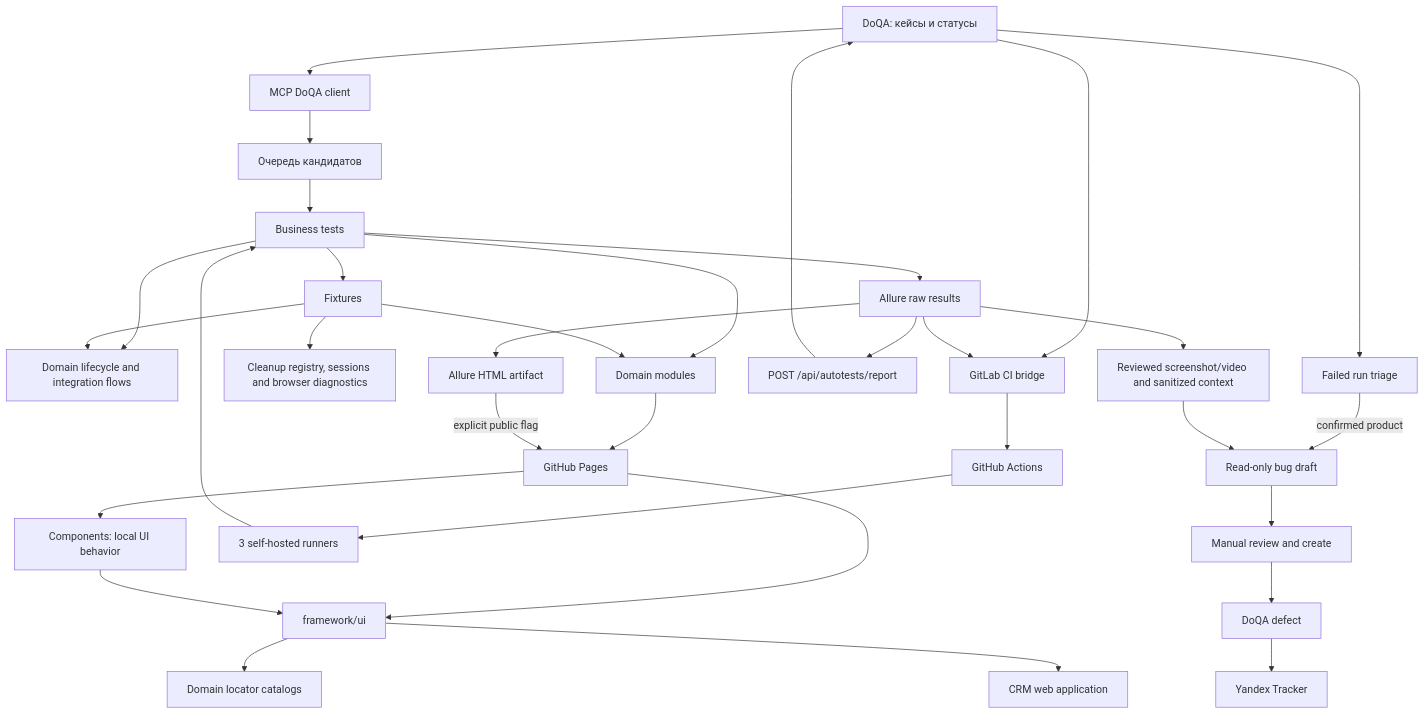
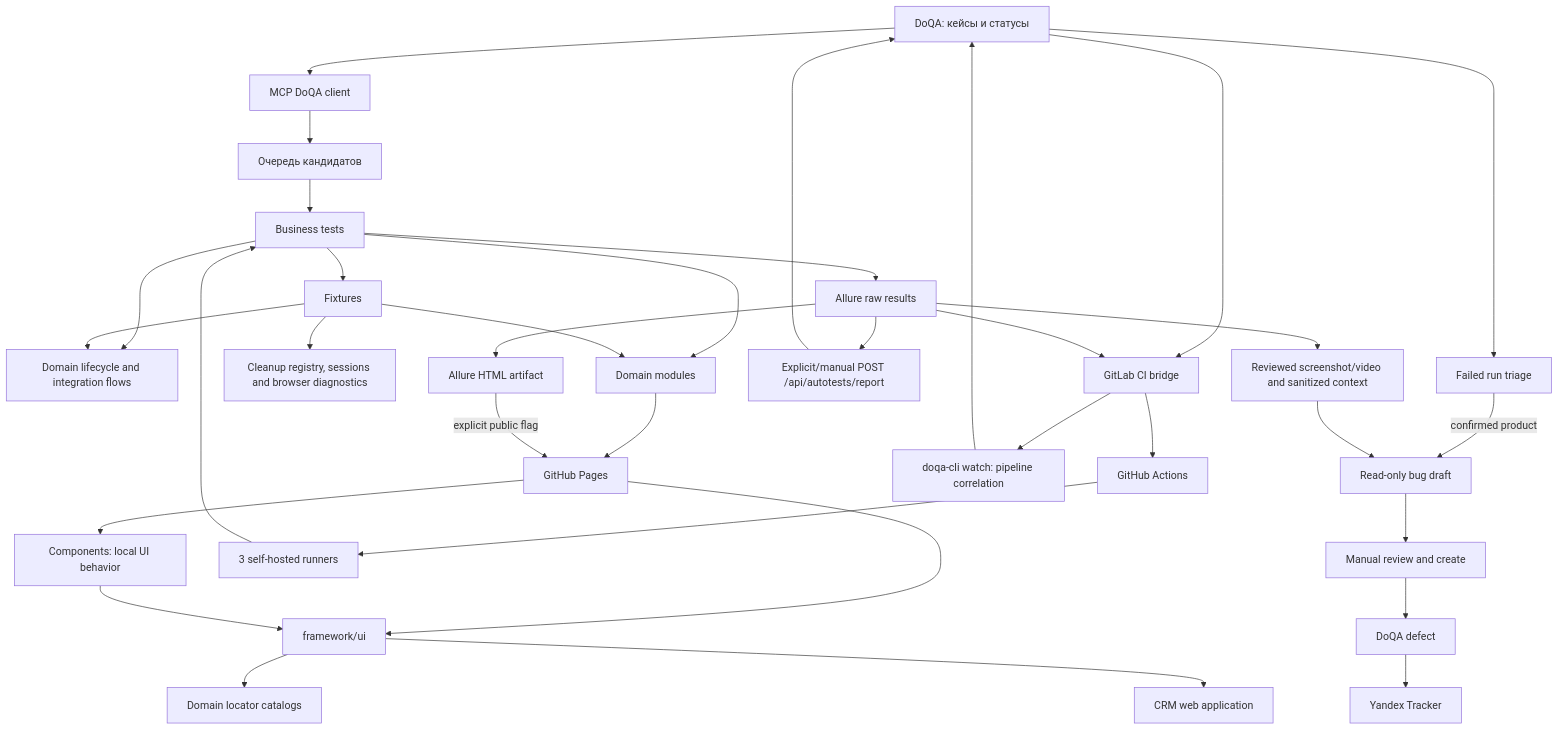
Before and after one commit to BBBtp/AezakmiGroup-Tests: the diagram in docs/ARCHITECTURE.md, drawn with Mermaid. The commit also changed 11 other files, not shown here.

````diff
--- a/docs/ARCHITECTURE.md
+++ b/docs/ARCHITECTURE.md
@@ -9,35 +9,37 @@
 ```mermaid
 flowchart TD
   DoQA[DoQA: кейсы и статусы] --> MCP[MCP DoQA client]
   MCP --> Queue[Очередь кандидатов]
   Queue --> Tests[Business tests]
   Tests --> Fixtures[Fixtures]
   Tests --> Support[Domain lifecycle and integration flows]
   Tests --> Modules[Domain modules]
   Fixtures --> Modules
   Fixtures --> Support
   Modules --> Pages[Pages: domain flows]
   Pages --> Components[Components: local UI behavior]
   Pages --> UI[framework/ui]
   Components --> UI
   UI --> Locators[Domain locator catalogs]
   UI --> CRM[CRM web application]
   Fixtures --> Lifecycle[Cleanup registry, sessions and browser diagnostics]
   Tests --> Allure[Allure raw results]
   DoQA --> GitLabBridge[GitLab CI bridge]
   GitLabBridge --> GitHub[GitHub Actions]
   GitHub --> Runners[3 self-hosted runners]
   Runners --> Tests
   Allure --> Html[Allure HTML artifact]
   Html -->|explicit public flag| Pages[GitHub Pages]
   Allure --> GitLabBridge
-  Allure --> Upload[POST /api/autotests/report]
+  GitLabBridge --> Watch[doqa-cli watch: pipeline correlation]
+  Watch --> DoQA
+  Allure --> Upload[Explicit/manual POST /api/autotests/report]
   Upload --> DoQA
   DoQA --> Triage[Failed run triage]
   Triage -->|confirmed product| Draft[Read-only bug draft]
   Allure --> Evidence[Reviewed screenshot/video and sanitized context]
   Evidence --> Draft
   Draft --> Manual[Manual review and create]
   Manual --> Defect[DoQA defect]
   Defect --> Tracker[Yandex Tracker]
 ```
````
